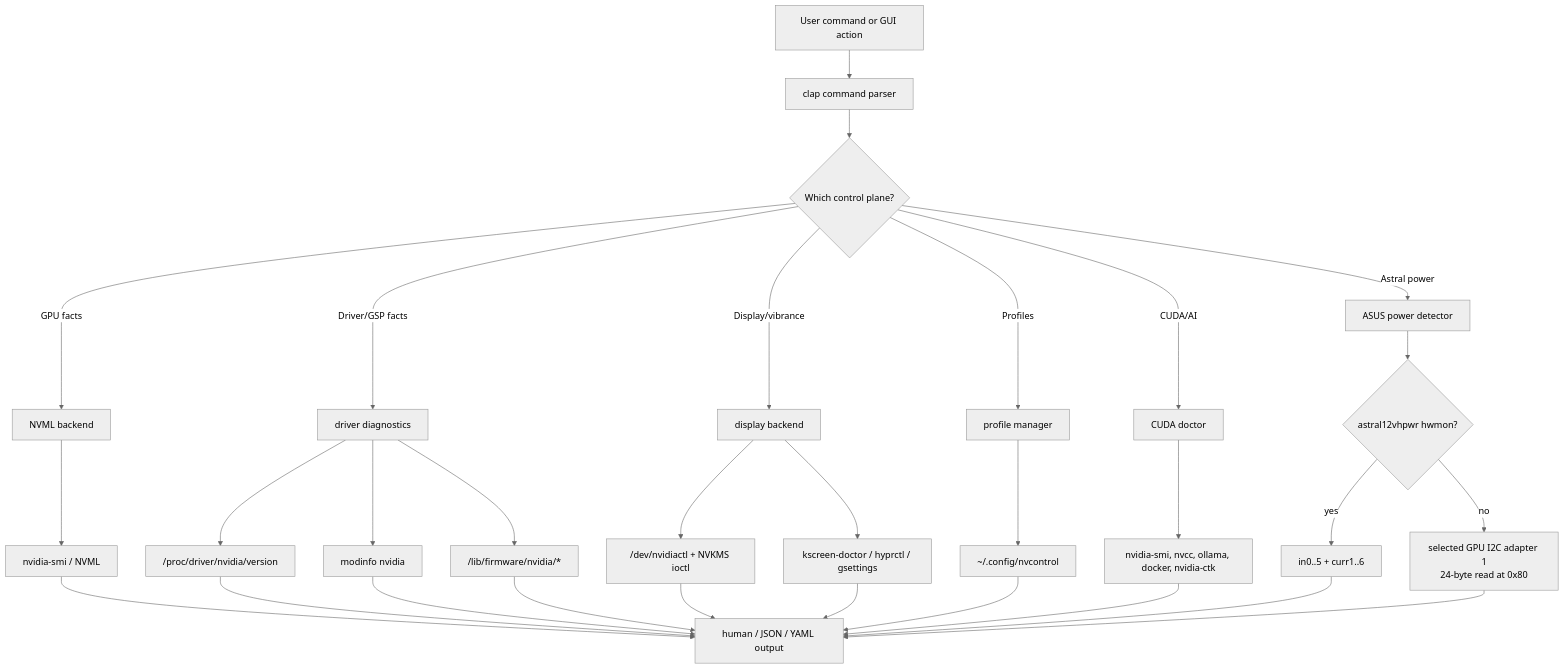
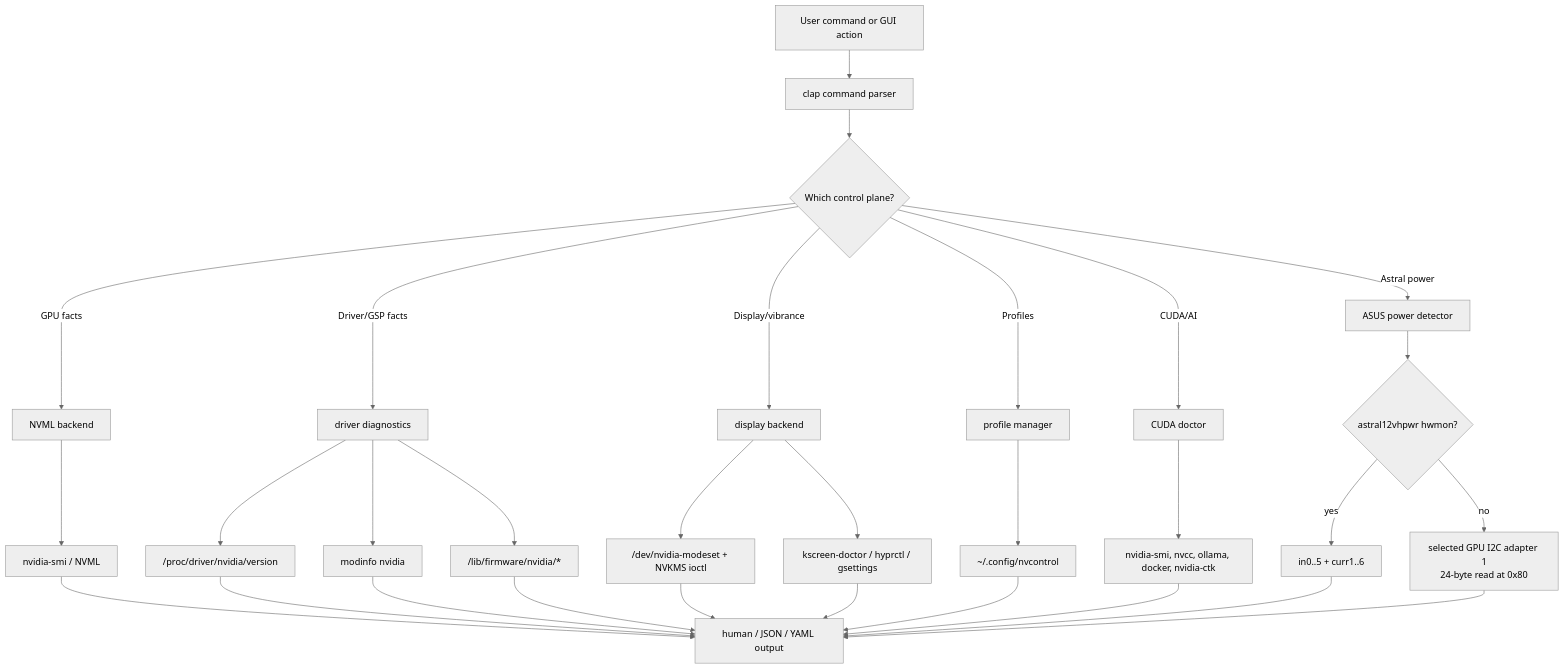
Before and after one commit to GhostKellz/nvcontrol: the first of 7 diagrams in docs/internals/runtime-flows.md, drawn with Mermaid (neutral theme). The commit also changed other lines of this file and 78 other files, not shown here.

````diff
--- a/docs/internals/runtime-flows.md
+++ b/docs/internals/runtime-flows.md
@@ -9,35 +9,35 @@
 ```mermaid
 flowchart TD
     user["User command or GUI action"] --> parser["clap command parser"]
     parser --> route{"Which control plane?"}
 
     route -->|"GPU facts"| nvml["NVML backend"]
     route -->|"Driver/GSP facts"| driver["driver diagnostics"]
     route -->|"Display/vibrance"| display["display backend"]
     route -->|"Profiles"| profiles["profile manager"]
     route -->|"CUDA/AI"| cuda["CUDA doctor"]
     route -->|"Astral power"| asus["ASUS power detector"]
 
     nvml --> smi["nvidia-smi / NVML"]
     driver --> proc["/proc/driver/nvidia/version"]
     driver --> modinfo["modinfo nvidia"]
     driver --> firmware["/lib/firmware/nvidia/*"]
-    display --> nvkms["/dev/nvidiactl + NVKMS ioctl"]
+    display --> nvkms["/dev/nvidia-modeset + NVKMS ioctl"]
     display --> compositor["kscreen-doctor / hyprctl / gsettings"]
     profiles --> xdg["~/.config/nvcontrol"]
     cuda --> tools["nvidia-smi, nvcc, ollama, docker, nvidia-ctk"]
     asus --> source{"astral12vhpwr hwmon?"}
     source -->|yes| hwmon["in0..5 + curr1..6"]
     source -->|no| smbus["selected GPU I2C adapter 1\n24-byte read at 0x80"]
 
     smi --> report["human / JSON / YAML output"]
     proc --> report
     modinfo --> report
     firmware --> report
     nvkms --> report
     compositor --> report
     xdg --> report
     tools --> report
     hwmon --> report
     smbus --> report
 ```
````
